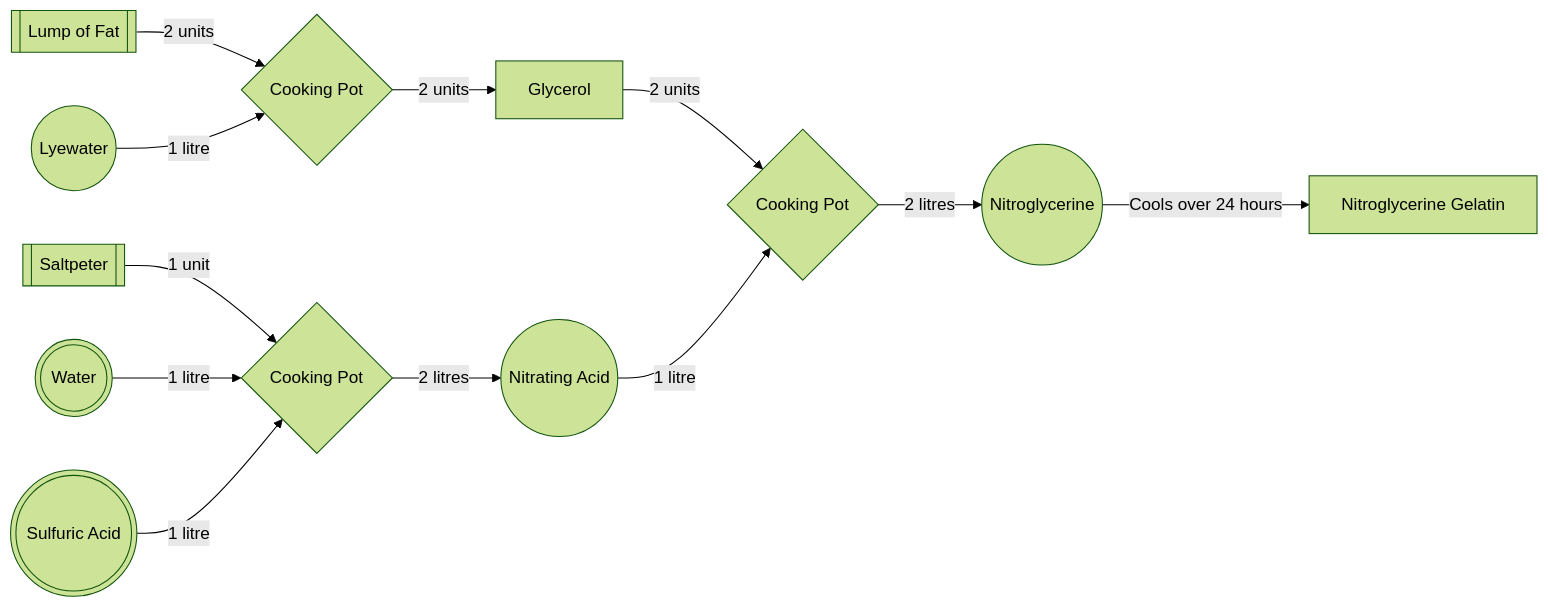
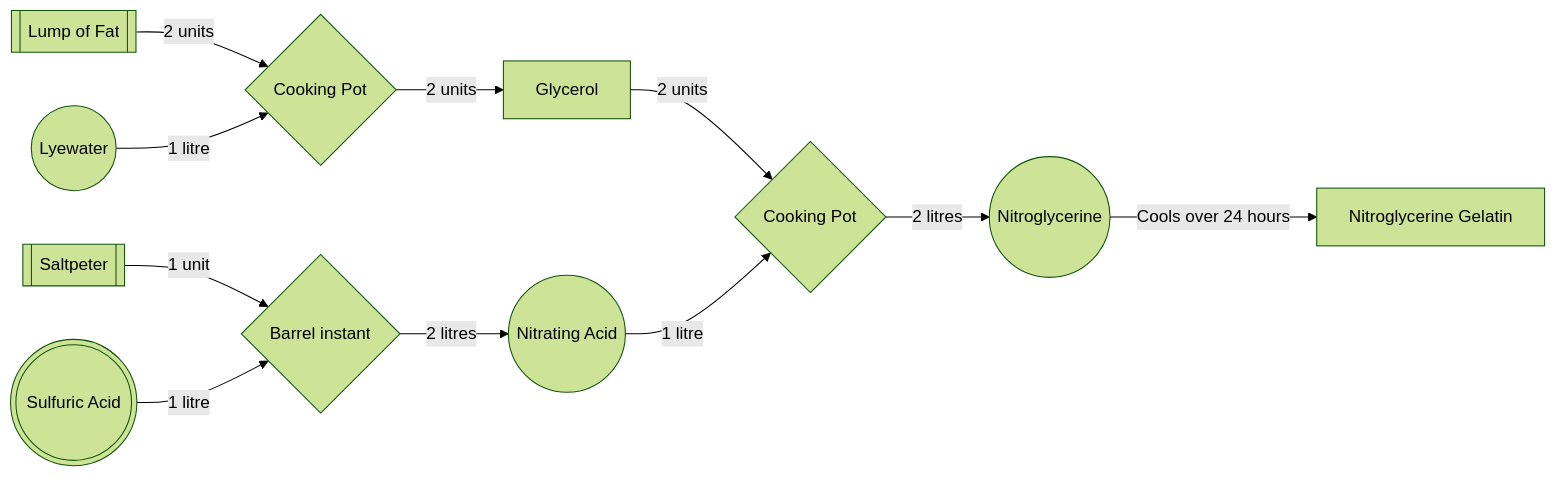
The second of 4 diagrams in README.md (KesslerMentele/VintageStory-EnhancedFirearms), drawn with Mermaid (forest theme) before and after one commit.

Commit message:
Fixed nitrating acid flowchart in readme

````diff
--- a/README.md
+++ b/README.md
@@ -52,42 +52,40 @@
 ```mermaid
 flowchart LR
 %% Existing Items
     fat[[Lump of Fat]]
     saltpeter[[Saltpeter]]
 
 %% Existing Fluids
-    water(((Water)))
     sulfuric(((Sulfuric Acid)))
     
 %% New Fluids
     sodiumHydroxide((Lyewater))
     nitratingMix((Nitrating Acid))
     nitroglycerine((Nitroglycerine))
     
     
 %% New Items
     glycerol[Glycerol]
     nitroJelly[Nitroglycerine Gelatin]
     
 %% Processing 
     cookFat{Cooking Pot}
-    cookSalt{Cooking Pot}
+    cookSalt{Barrel instant}
     cookGlycerol{Cooking Pot}
 
 %% Ratios
     fat -- 2 units --> cookFat
     sodiumHydroxide -- 1 litre --> cookFat
     cookFat -- 2 units --> glycerol
     
     saltpeter -- 1 unit --> cookSalt
-    water-- 1 litre --> cookSalt
     sulfuric -- 1 litre --> cookSalt
     cookSalt -- 2 litres --> nitratingMix
     
     glycerol -- 2 units --> cookGlycerol
     nitratingMix -- 1 litre --> cookGlycerol
     cookGlycerol -- 2 litres --> nitroglycerine
     
     nitroglycerine -- Cools over 24 hours--> nitroJelly
 
 ```
````
